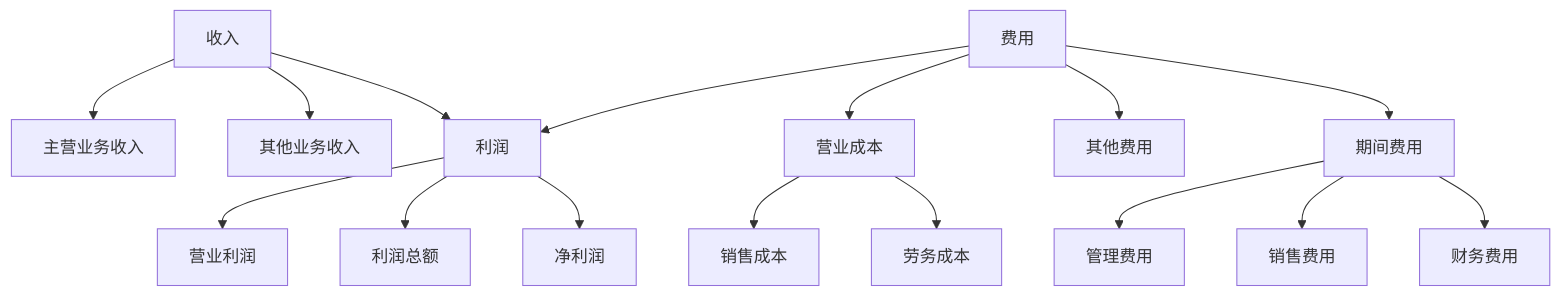
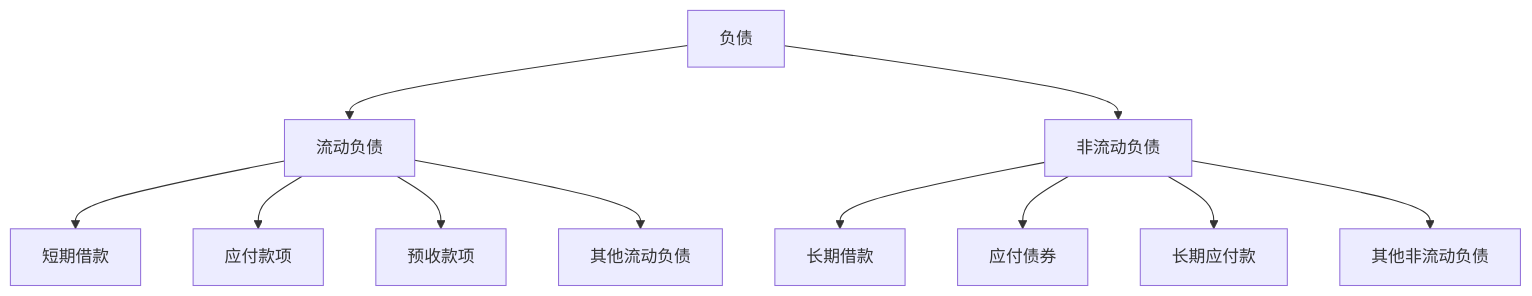
One commit to Anping2017/obsidian changed the third of 10 diagrams in 会计学/01-基础认知层/会计要素与等式/03-要素关系图解.md. Above: the diagram before and after it, drawn with Mermaid. The commit also changed other lines of this file and 22 other files, not shown here.

````diff
--- a/会计学/01-基础认知层/会计要素与等式/03-要素关系图解.md
+++ b/会计学/01-基础认知层/会计要素与等式/03-要素关系图解.md
@@ -84,23 +71,15 @@
 ```mermaid
 graph TD
-    A[收入] --> B[主营业务收入]
-    A --> C[其他业务收入]
+    A[负债] --> B[流动负债]
+    A --> C[非流动负债]
     
-    D[费用] --> E[营业成本]
-    D --> F[期间费用]
-    D --> G[其他费用]
+    B --> D[短期借款]
+    B --> E[应付款项]
+    B --> F[预收款项]
+    B --> G[其他流动负债]
     
-    E --> H[销售成本]
-    E --> I[劳务成本]
-    
-    F --> J[管理费用]
-    F --> K[销售费用]
-    F --> L[财务费用]
-    
-    M[利润] --> N[营业利润]
-    M --> O[利润总额]
-    M --> P[净利润]
-    
-    A --> M
-    D --> M
+    C --> H[长期借款]
+    C --> I[应付债券]
+    C --> J[长期应付款]
+    C --> K[其他非流动负债]
 ```
````
